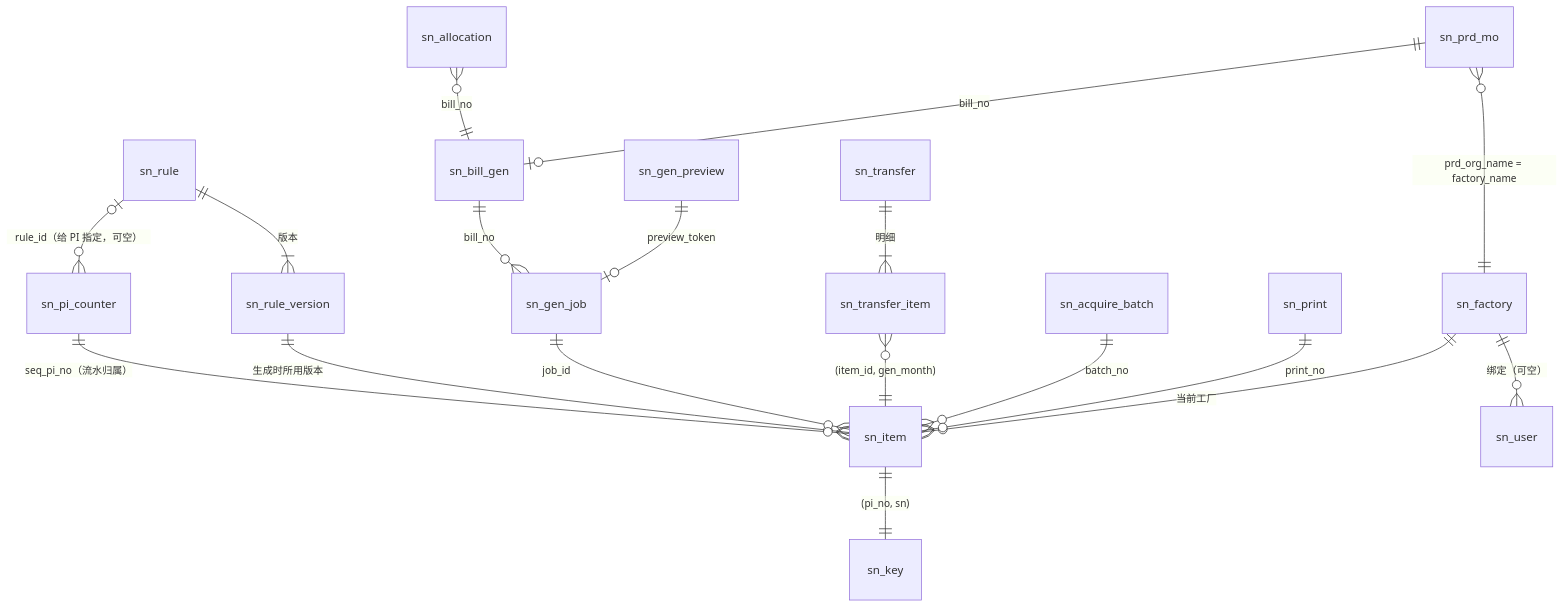
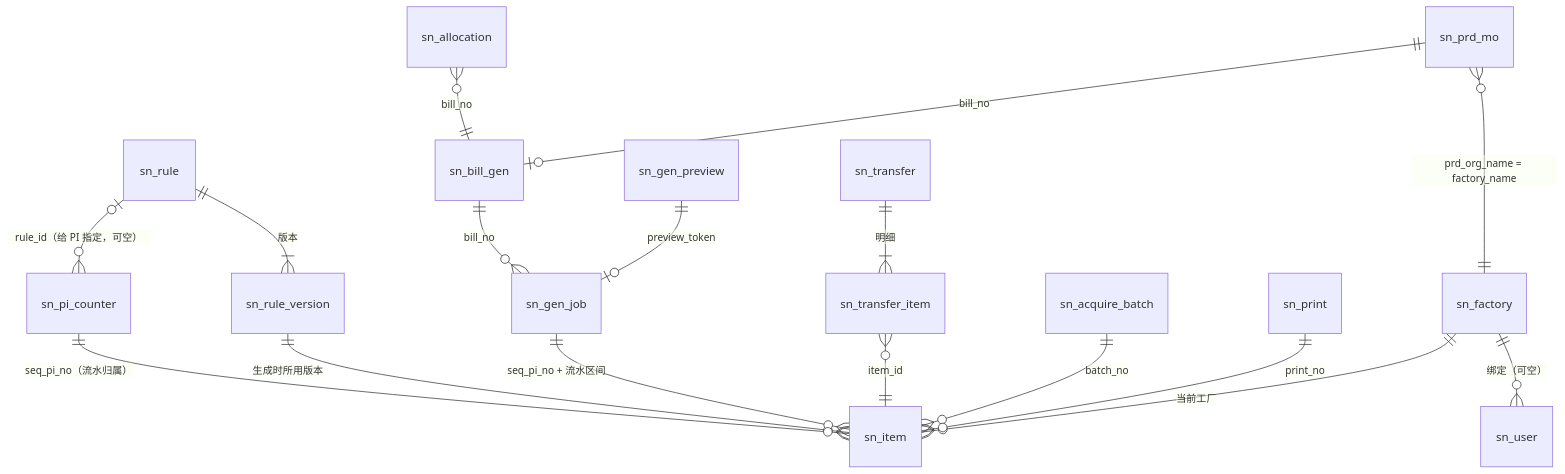
The diagram in docs/数据库表设计.md (Createsnow/sn-center), drawn with Mermaid before and after one commit. The commit also changed other lines of this file and 15 other files, not shown here.

First line of the commit message:
sn_item 取消分区，查重唯一键并回 sn_item，删除 sn_key

````diff
--- a/docs/数据库表设计.md
+++ b/docs/数据库表设计.md
@@ -32,20 +38,19 @@
 ```mermaid
 erDiagram
     sn_factory ||--o{ sn_user : "绑定（可空）"
     sn_factory ||--o{ sn_item : "当前工厂"
     sn_rule ||--|{ sn_rule_version : "版本"
     sn_rule |o--o{ sn_pi_counter : "rule_id（给 PI 指定，可空）"
     sn_rule_version ||--o{ sn_item : "生成时所用版本"
     sn_prd_mo }o--|| sn_factory : "prd_org_name = factory_name"
     sn_prd_mo ||--o| sn_bill_gen : "bill_no"
     sn_bill_gen ||--o{ sn_gen_job : "bill_no"
     sn_gen_preview ||--o| sn_gen_job : "preview_token"
-    sn_gen_job ||--o{ sn_item : "job_id"
+    sn_gen_job ||--o{ sn_item : "seq_pi_no + 流水区间"
     sn_pi_counter ||--o{ sn_item : "seq_pi_no（流水归属）"
-    sn_item ||--|| sn_key : "(pi_no, sn)"
     sn_acquire_batch ||--o{ sn_item : "batch_no"
     sn_print ||--o{ sn_item : "print_no"
     sn_transfer ||--|{ sn_transfer_item : "明细"
-    sn_transfer_item }o--|| sn_item : "(item_id, gen_month)"
+    sn_transfer_item }o--|| sn_item : "item_id"
     sn_allocation }o--|| sn_bill_gen : "bill_no"
 ```
````
